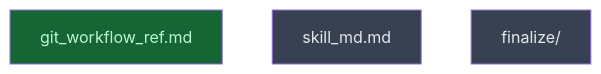
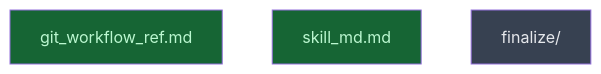
Before and after one commit to CrackingShells/cracking-shells-playbook: the diagram in __roadmap__/create-committing-changes-skill/implement/README.md, drawn with Mermaid. The commit also changed other lines of this file and 1 other file, not shown here.

Commit message:
feat(committing-changes): add SKILL.md with lean commit workflow

````diff
--- a/__roadmap__/create-committing-changes-skill/implement/README.md
+++ b/__roadmap__/create-committing-changes-skill/implement/README.md
@@ -37,11 +37,11 @@
 ```mermaid
 graph TD
     git_workflow_ref[git_workflow_ref.md]:::done
-    skill_md[skill_md.md]:::planned
+    skill_md[skill_md.md]:::done
     finalize[finalize/]:::planned
     classDef done fill:#166534,color:#bbf7d0
     classDef inprogress fill:#854d0e,color:#fef08a
     classDef planned fill:#374151,color:#e5e7eb
     classDef amendment fill:#1e3a5f,color:#bfdbfe
     classDef blocked fill:#7f1d1d,color:#fecaca
 ```
````
